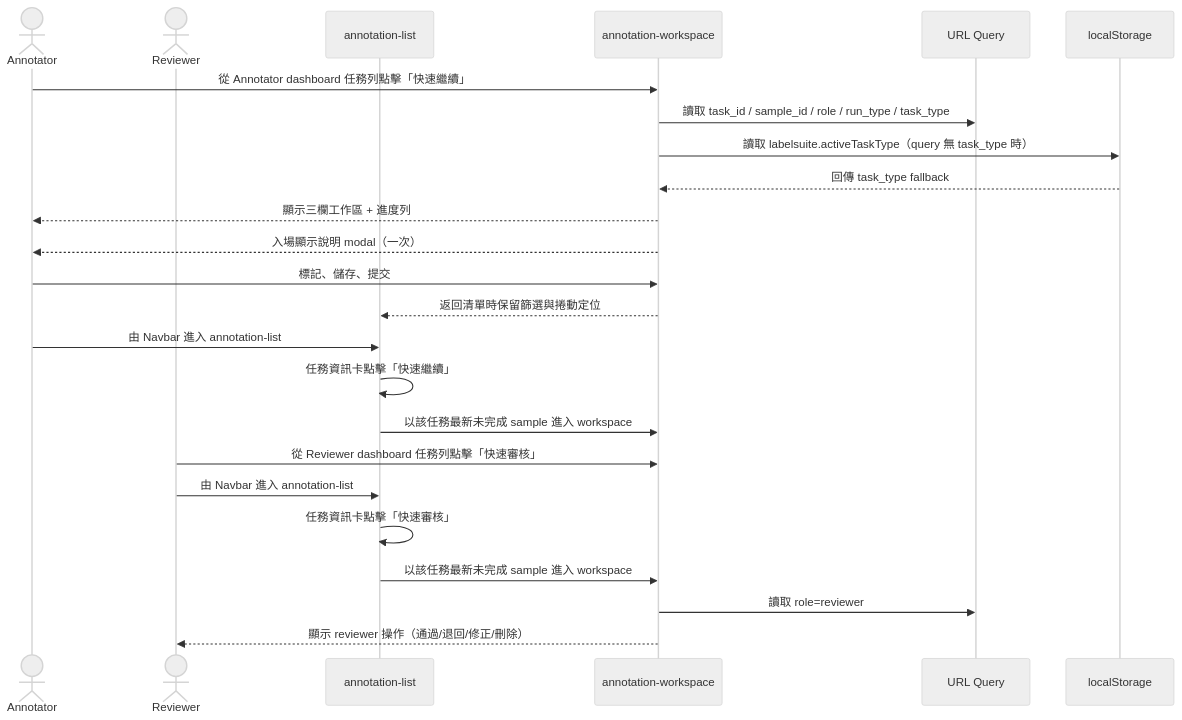
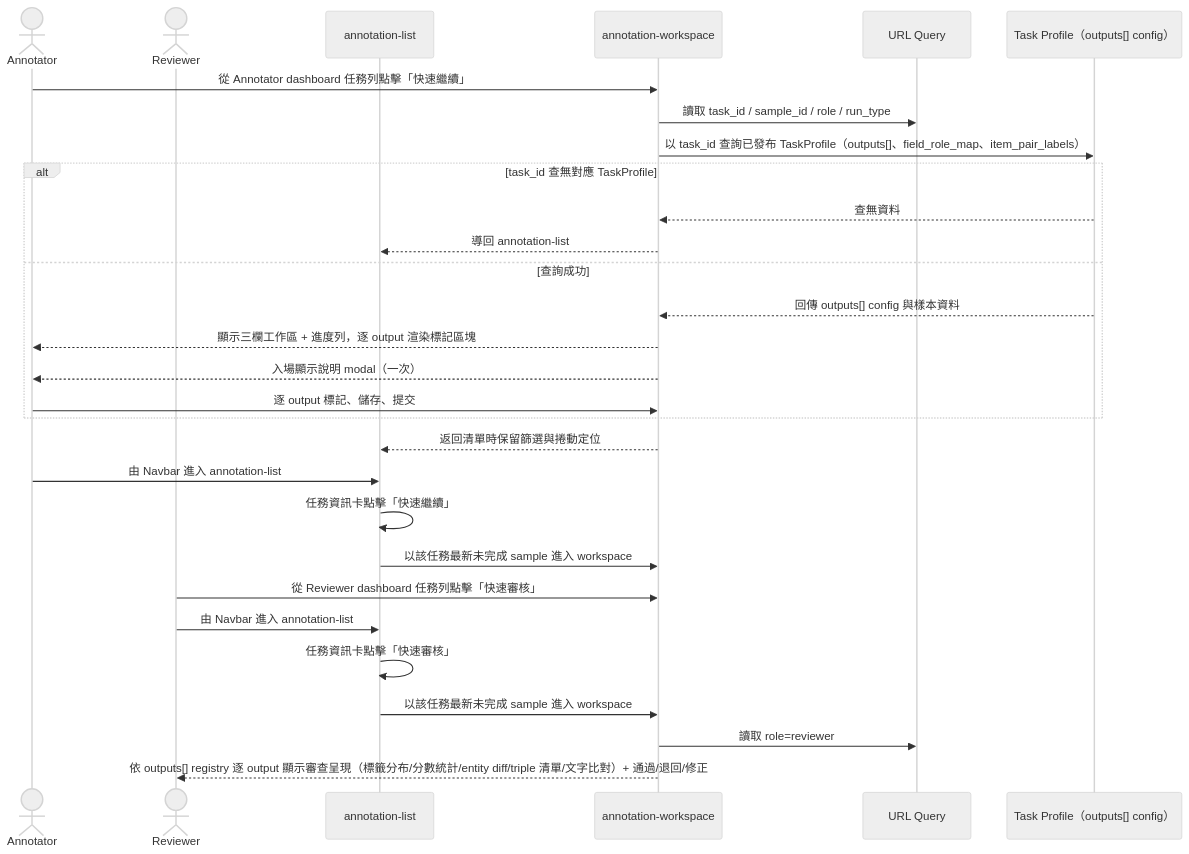
One commit to singyichen/label-suite changed the first of 2 diagrams in specs/annotation/015-annotation-workspace/spec.md. Above: the diagram before and after it, drawn with Mermaid (neutral theme). The commit also changed other lines of this file and 2 other files, not shown here.

First line of the commit message:
docs: rewrite spec 015 to outputs[] model and apply v2.1.0 consistency pass

````diff
--- a/specs/annotation/015-annotation-workspace/spec.md
+++ b/specs/annotation/015-annotation-workspace/spec.md
@@ -70,28 +64,33 @@
 ```mermaid
 sequenceDiagram
     actor AN as Annotator
     actor RV as Reviewer
     participant AL as annotation-list
     participant UI as annotation-workspace
     participant Query as URL Query
-    participant Storage as localStorage
+    participant Profile as Task Profile（outputs[] config）
 
     AN->>UI: 從 Annotator dashboard 任務列點擊「快速繼續」
-    UI->>Query: 讀取 task_id / sample_id / role / run_type / task_type
-    UI->>Storage: 讀取 labelsuite.activeTaskType（query 無 task_type 時）
-    Storage-->>UI: 回傳 task_type fallback
-    UI-->>AN: 顯示三欄工作區 + 進度列
-    UI-->>AN: 入場顯示說明 modal（一次）
-    AN->>UI: 標記、儲存、提交
+    UI->>Query: 讀取 task_id / sample_id / role / run_type
+    UI->>Profile: 以 task_id 查詢已發布 TaskProfile（outputs[]、field_role_map、item_pair_labels）
+    alt task_id 查無對應 TaskProfile
+        Profile-->>UI: 查無資料
+        UI-->>AL: 導回 annotation-list
+    else 查詢成功
+        Profile-->>UI: 回傳 outputs[] config 與樣本資料
+        UI-->>AN: 顯示三欄工作區 + 進度列，逐 output 渲染標記區塊
+        UI-->>AN: 入場顯示說明 modal（一次）
+        AN->>UI: 逐 output 標記、儲存、提交
+    end
     UI-->>AL: 返回清單時保留篩選與捲動定位
     AN->>AL: 由 Navbar 進入 annotation-list
     AL->>AL: 任務資訊卡點擊「快速繼續」
     AL->>UI: 以該任務最新未完成 sample 進入 workspace
 
     RV->>UI: 從 Reviewer dashboard 任務列點擊「快速審核」
     RV->>AL: 由 Navbar 進入 annotation-list
     AL->>AL: 任務資訊卡點擊「快速審核」
     AL->>UI: 以該任務最新未完成 sample 進入 workspace
     UI->>Query: 讀取 role=reviewer
-    UI-->>RV: 顯示 reviewer 操作（通過/退回/修正/刪除）
+    UI-->>RV: 依 outputs[] registry 逐 output 顯示審查呈現（標籤分布/分數統計/entity diff/triple 清單/文字比對）+ 通過/退回/修正
 ```
````
